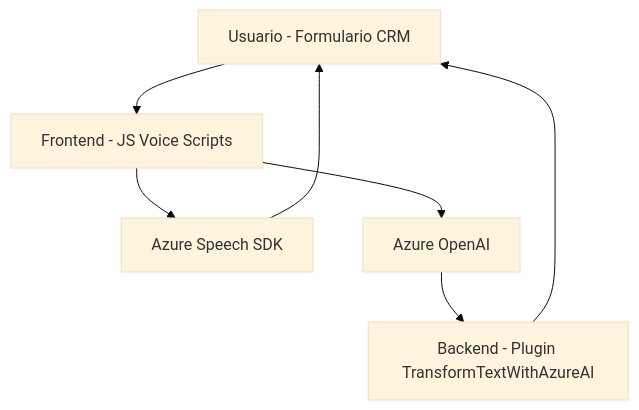
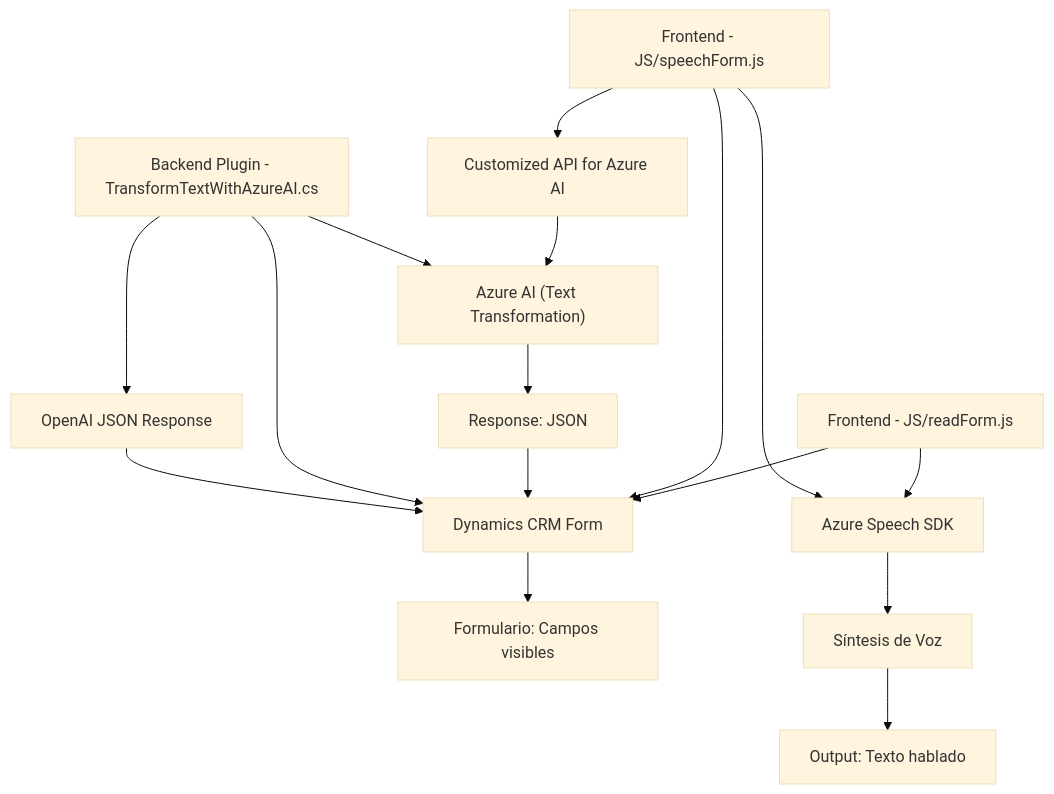
One commit to blopezdm/NETCORE_BILBAO2025 changed the diagram in README.md. Above: the diagram before and after it, drawn with Mermaid (base theme). The commit also changed other lines of this file, not shown here.

````diff
--- a/README.md
+++ b/README.md
@@ -41,15 +44,20 @@
 ```mermaid
 graph TD
-    A["Usuario - Formulario CRM"]
-    B["Azure Speech SDK"]
-    C["Azure OpenAI"]
-    D["Frontend - JS Voice Scripts"]
-    E["Backend - Plugin TransformTextWithAzureAI"]
+    A["Frontend - JS/readForm.js"] --> B["Azure Speech SDK"]
+    A --> C["Dynamics CRM Form"]
+    C --> D["Formulario: Campos visibles"]
+    B --> E["Síntesis de Voz"]
+    E --> F["Output: Texto hablado"]
 
-    A --> D
-    D --> B
-    B --> A
-    D --> C
-    C --> E
-    E --> A
+    G["Frontend - JS/speechForm.js"] --> B
+    G --> C
+    G --> H["Customized API for Azure AI"]
+    H --> I["Azure AI (Text Transformation)"]
+    I --> J["Response: JSON"]
+    J --> C
+
+    K["Backend Plugin - TransformTextWithAzureAI.cs"] --> I
+    K --> C
+    K --> L["OpenAI JSON Response"]
+    L --> C
 ```
````
